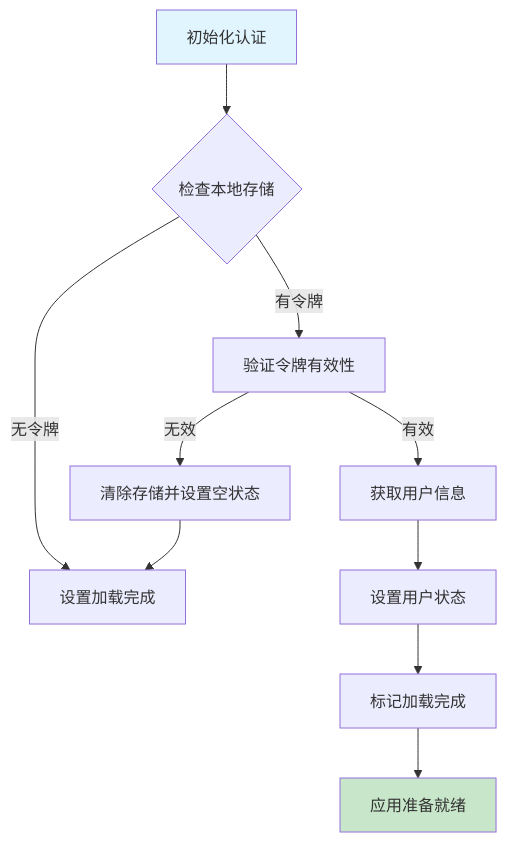
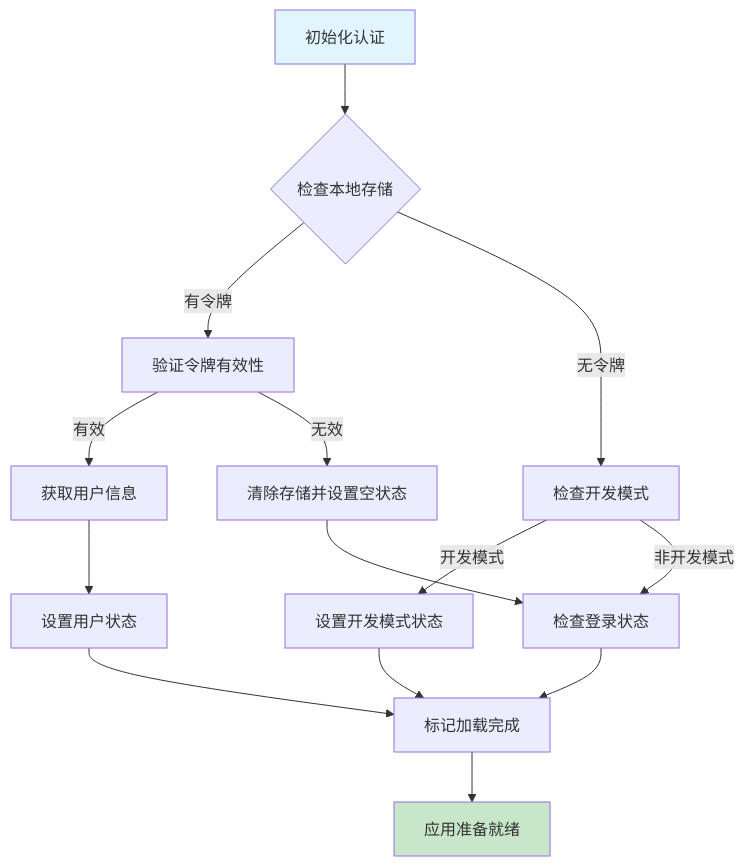
One commit to songdiyang/clawOperations changed the fourth of 13 diagrams in .qoder/repowiki/zh/content/核心模块详解/Web界面系统/登录注册页面.md. Above: the diagram before and after it, drawn with Mermaid. The commit also changed other lines of this file and 52 other files, not shown here.

````diff
--- a/.qoder/repowiki/zh/content/核心模块详解/Web界面系统/登录注册页面.md
+++ b/.qoder/repowiki/zh/content/核心模块详解/Web界面系统/登录注册页面.md
@@ -183,14 +169,18 @@
 ```mermaid
 flowchart TD
 A[初始化认证] --> B{检查本地存储}
 B --> |有令牌| C[验证令牌有效性]
-B --> |无令牌| D[设置加载完成]
-C --> |有效| E[获取用户信息]
-C --> |无效| F[清除存储并设置空状态]
-E --> G[设置用户状态]
-G --> H[标记加载完成]
-F --> D
-H --> I[应用准备就绪]
+B --> |无令牌| D[检查开发模式]
+D --> |开发模式| E[设置开发模式状态]
+D --> |非开发模式| F[检查登录状态]
+C --> |有效| G[获取用户信息]
+C --> |无效| H[清除存储并设置空状态]
+G --> I[设置用户状态]
+I --> J[标记加载完成]
+F --> J
+E --> J
+H --> F
+J --> K[应用准备就绪]
 style A fill:#e1f5fe
-style I fill:#c8e6c9
+style K fill:#c8e6c9
 ```
````
